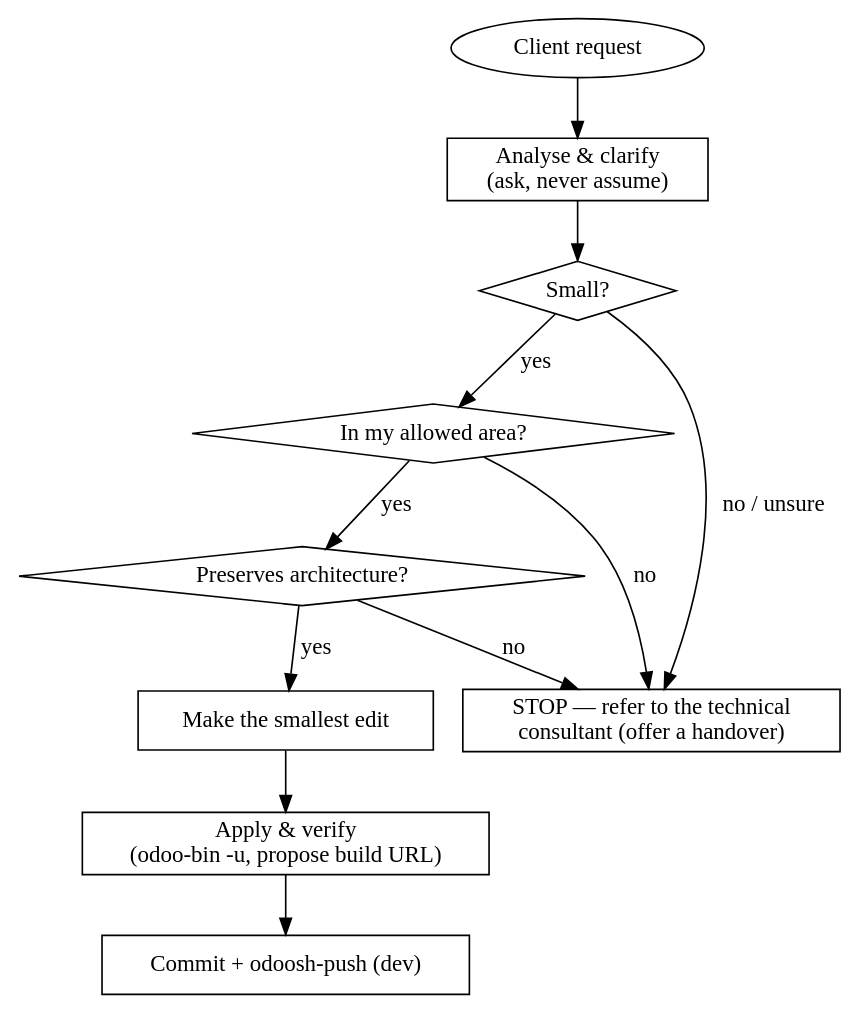
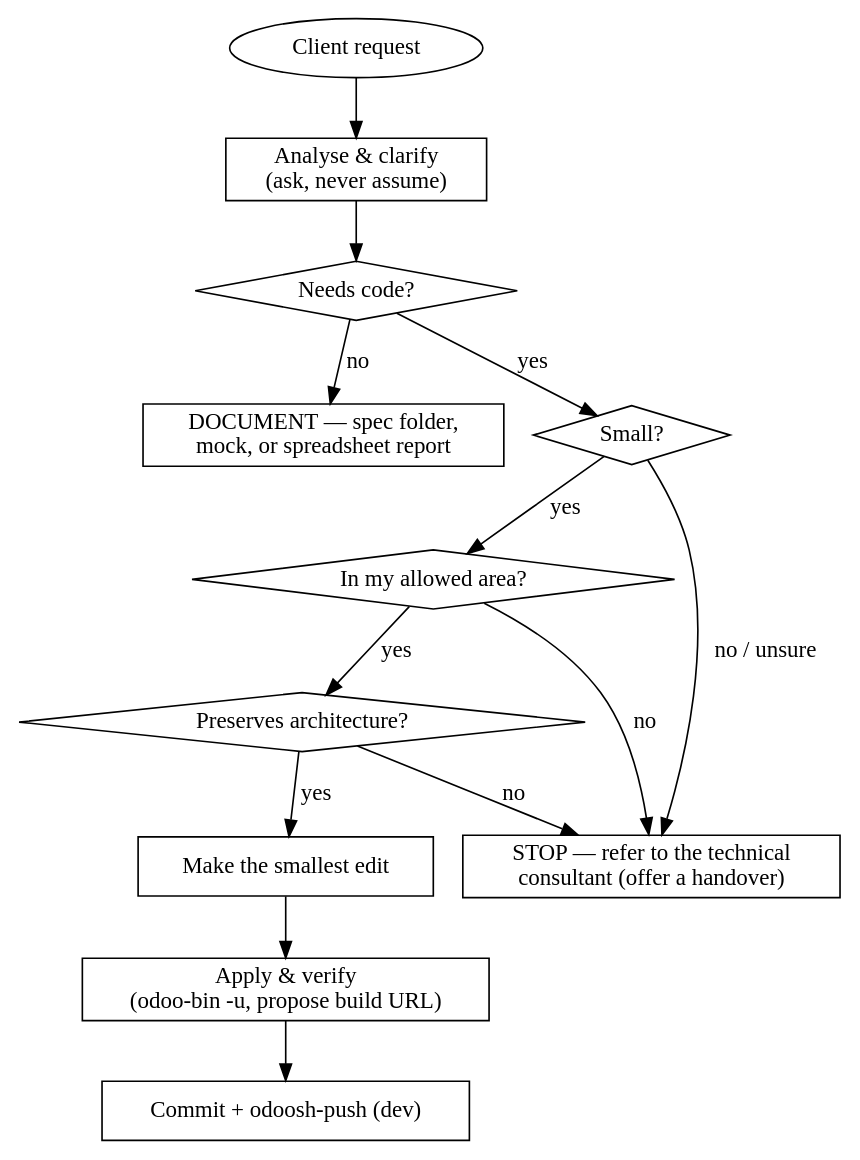
The diagram in CLAUDE.md (odoo-ps/psae-ai-infra), drawn with Graphviz before and after one commit. The commit also changed other lines of this file and 61 other files, not shown here.

````diff
--- a/CLAUDE.md
+++ b/CLAUDE.md
@@ -37,23 +46,27 @@
 ```dot
 digraph guardrail {
     rankdir=TB;
     req      [shape=oval,  label="Client request"];
     assess   [shape=box,   label="Analyse & clarify\n(ask, never assume)"];
+    code     [shape=diamond, label="Needs code?"];
+    doc      [shape=box,   label="DOCUMENT — spec folder,\nmock, or spreadsheet report"];
     small    [shape=diamond, label="Small?"];
     allowed  [shape=diamond, label="In my allowed area?"];
     arch     [shape=diamond, label="Preserves architecture?"];
     edit     [shape=box,   label="Make the smallest edit"];
     apply    [shape=box,   label="Apply & verify\n(odoo-bin -u, propose build URL)"];
     push     [shape=box,   label="Commit + odoosh-push (dev)"];
     refer    [shape=box,   label="STOP — refer to the technical\nconsultant (offer a handover)"];
 
-    req -> assess -> small;
+    req -> assess -> code;
+    code    -> doc     [label="no"];
+    code    -> small   [label="yes"];
     small   -> refer   [label="no / unsure"];
     small   -> allowed [label="yes"];
     allowed -> refer   [label="no"];
     allowed -> arch    [label="yes"];
     arch    -> refer   [label="no"];
     arch    -> edit    [label="yes"];
     edit -> apply -> push;
 }
 ```
````
